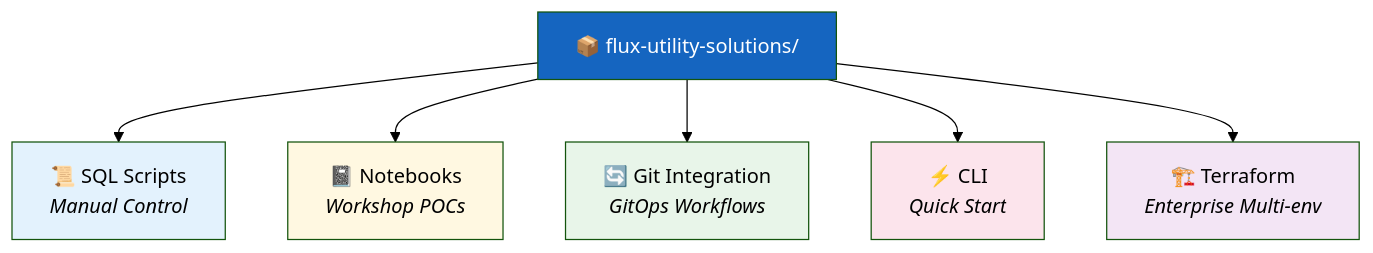
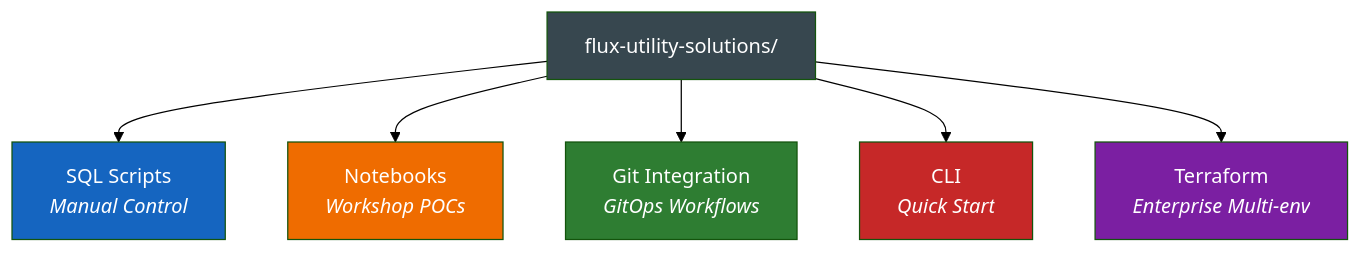
Before and after one commit to sfc-gh-abannerjee/flux-utility-solutions: the fifth of 7 diagrams in docs/ARCHITECTURE.md, drawn with Mermaid (forest theme). The commit also changed other lines of this file and 1 other file, not shown here.

First line of the commit message:
Replace emojis with professional text labels in diagrams

````diff
--- a/docs/ARCHITECTURE.md
+++ b/docs/ARCHITECTURE.md
@@ -181,17 +181,17 @@
 ```mermaid
 flowchart TD
-    REPO["📦 flux-utility-solutions/"]
+    REPO["flux-utility-solutions/"]
     
-    REPO --> SQL["📜 SQL Scripts<br/><i>Manual Control</i>"]
-    REPO --> NB["📓 Notebooks<br/><i>Workshop POCs</i>"]
-    REPO --> GIT["🔄 Git Integration<br/><i>GitOps Workflows</i>"]
-    REPO --> CLI["⚡ CLI<br/><i>Quick Start</i>"]
-    REPO --> TF["🏗️ Terraform<br/><i>Enterprise Multi-env</i>"]
+    REPO --> SQL["SQL Scripts<br/><i>Manual Control</i>"]
+    REPO --> NB["Notebooks<br/><i>Workshop POCs</i>"]
+    REPO --> GIT["Git Integration<br/><i>GitOps Workflows</i>"]
+    REPO --> CLI["CLI<br/><i>Quick Start</i>"]
+    REPO --> TF["Terraform<br/><i>Enterprise Multi-env</i>"]
     
-    style REPO fill:#1565c0,color:#fff
-    style SQL fill:#e3f2fd
-    style NB fill:#fff8e1
-    style GIT fill:#e8f5e9
-    style CLI fill:#fce4ec
-    style TF fill:#f3e5f5
+    style REPO fill:#37474f,color:#fff
+    style SQL fill:#1565c0,color:#fff
+    style NB fill:#ef6c00,color:#fff
+    style GIT fill:#2e7d32,color:#fff
+    style CLI fill:#c62828,color:#fff
+    style TF fill:#7b1fa2,color:#fff
 ```
````
